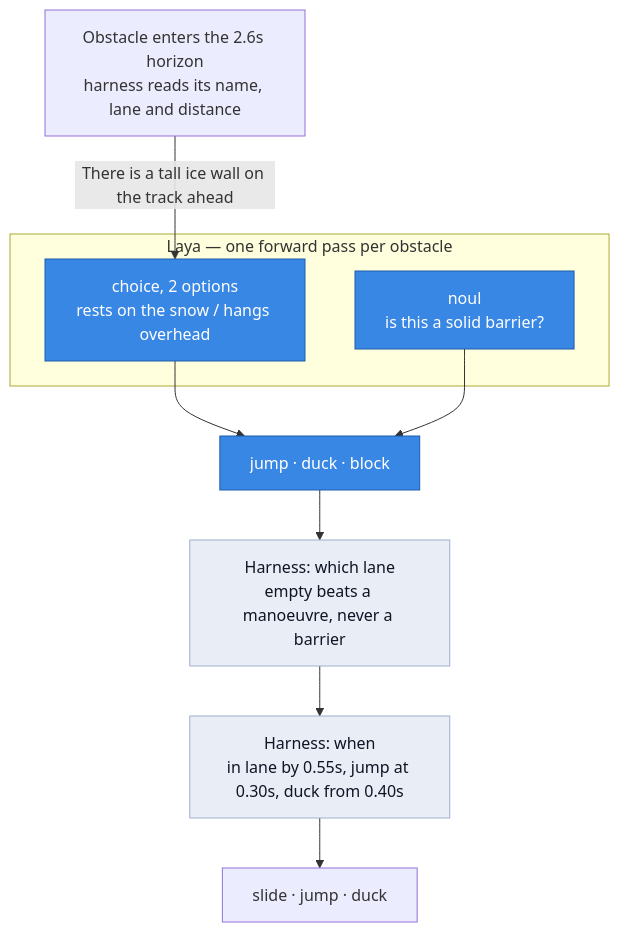
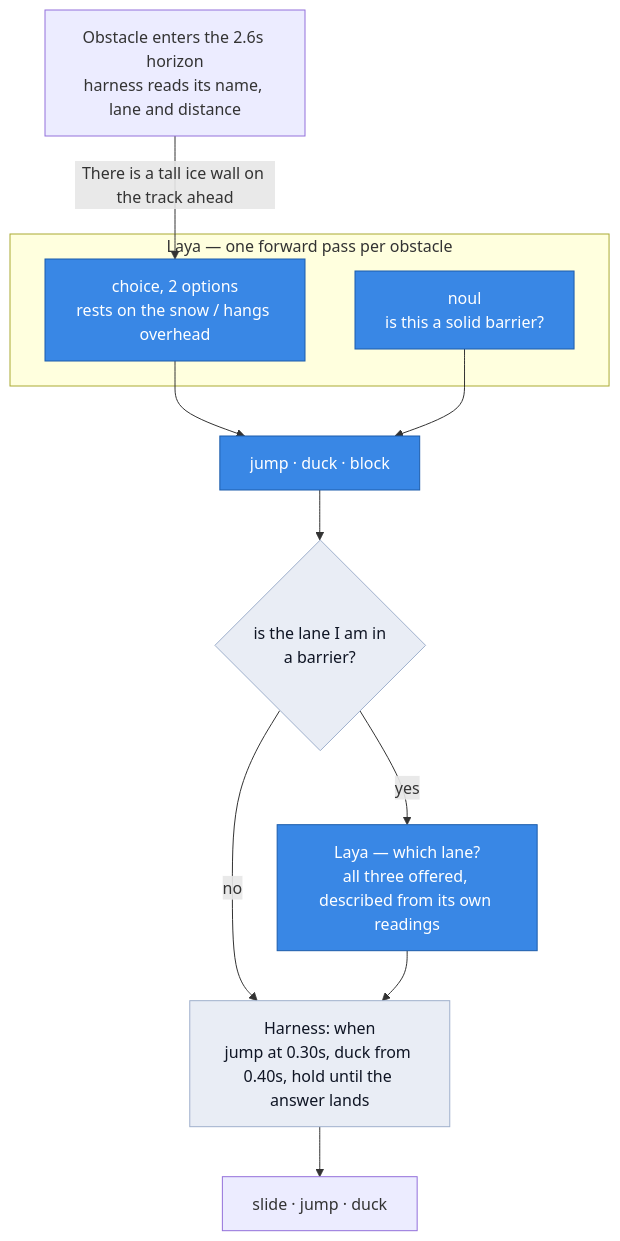
Before and after one commit to petrixh/laya-test: the diagram in README.md, drawn with Mermaid. The commit also changed other lines of this file and 60 other files, not shown here.

First line of the commit message:
Strip to the three-lane game, and let the model pick every lane

````diff
--- a/README.md
+++ b/README.md
@@ -25,22 +43,24 @@
 ```mermaid
 flowchart TD
   O["Obstacle enters the 2.6s horizon<br/>harness reads its name, lane and distance"]
   O -->|"There is a tall ice wall on the track ahead"| Q1
 
   subgraph M ["Laya — one forward pass per obstacle"]
     Q1["choice, 2 options<br/>rests on the snow / hangs overhead"]
     Q2["noul<br/>is this a solid barrier?"]
   end
 
   Q1 --> C
   Q2 --> C
   C["jump · duck · block"]
-  C --> L["Harness: which lane<br/>empty beats a manoeuvre, never a barrier"]
-  L --> T["Harness: when<br/>in lane by 0.55s, jump at 0.30s, duck from 0.40s"]
+  C --> G{"is the lane I am in<br/>a barrier?"}
+  G -->|no| T
+  G -->|yes| L["Laya — which lane?<br/>all three offered, described from its own readings"]
+  L --> T["Harness: when<br/>jump at 0.30s, duck from 0.40s, hold until the answer lands"]
   T --> A["slide · jump · duck"]
 
   classDef model fill:#3987e5,stroke:#1c5cab,color:#ffffff;
   classDef rule fill:#e9edf5,stroke:#9fb0cc,color:#0f1524;
-  class Q1,Q2,C model;
-  class L,T rule;
+  class Q1,Q2,C,L model;
+  class T,G rule;
 ```
````
